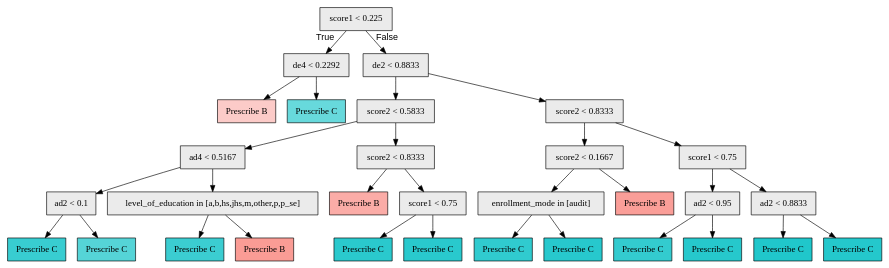
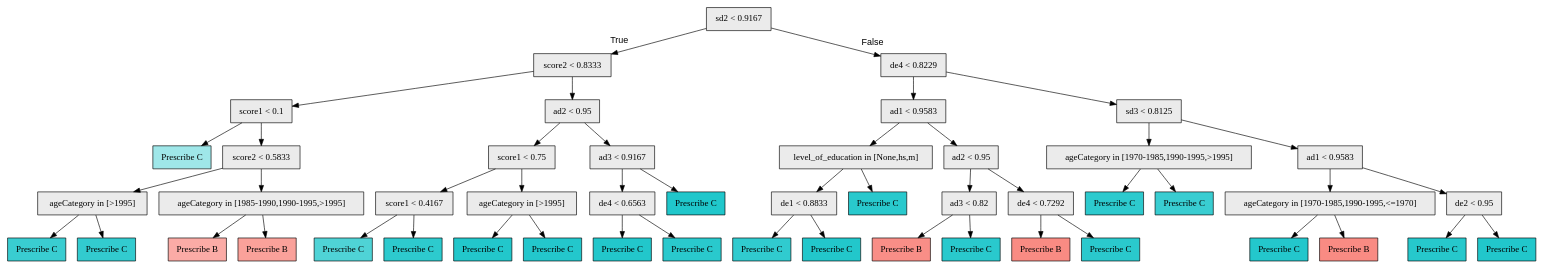
One commit to galitLukin/PersonalizedLearning changed the diagram in python/model/1/cc/pytree.dot. Above: the diagram before and after it, drawn with Graphviz. The commit also changed 15 other files, not shown here.

```diff
--- a/python/model/1/cc/pytree.dot
+++ b/python/model/1/cc/pytree.dot
@@ -1,63 +1,99 @@
 digraph "G" {
-1 [fillcolor="#EBEBEB", fontname="bold arial", label="score1 &lt; 0.225", shape=box, style="filled"];
-2 [fillcolor="#EBEBEB", fontname="bold arial", label="de4 &lt; 0.2292", shape=box, style="filled"];
-3 [color=black, fillcolor="#F8766D60", fontname="bold arial", label="Prescribe B", shape=box, style="filled"];
-4 [color=black, fillcolor="#00BFC498", fontname="bold arial", label="Prescribe C", shape=box, style="filled"];
-5 [fillcolor="#EBEBEB", fontname="bold arial", label="de2 &lt; 0.8833", shape=box, style="filled"];
-6 [fillcolor="#EBEBEB", fontname="bold arial", label="score2 &lt; 0.5833", shape=box, style="filled"];
-7 [fillcolor="#EBEBEB", fontname="bold arial", label="ad4 &lt; 0.5167", shape=box, style="filled"];
-8 [fillcolor="#EBEBEB", fontname="bold arial", label="ad2 &lt; 0.1", shape=box, style="filled"];
-9 [color=black, fillcolor="#00BFC4c7", fontname="bold arial", label="Prescribe C", shape=box, style="filled"];
-10 [color=black, fillcolor="#00BFC4aa", fontname="bold arial", label="Prescribe C", shape=box, style="filled"];
-11 [fillcolor="#EBEBEB", fontname="bold arial", label="level_of_education in [a,b,hs,jhs,m,other,p,p_se]", shape=box, style="filled"];
-12 [color=black, fillcolor="#00BFC4c4", fontname="bold arial", label="Prescribe C", shape=box, style="filled"];
-13 [color=black, fillcolor="#F8766Db8", fontname="bold arial", label="Prescribe B", shape=box, style="filled"];
-14 [fillcolor="#EBEBEB", fontname="bold arial", label="score2 &lt; 0.8333", shape=box, style="filled"];
-15 [color=black, fillcolor="#F8766D99", fontname="bold arial", label="Prescribe B", shape=box, style="filled"];
-16 [fillcolor="#EBEBEB", fontname="bold arial", label="score1 &lt; 0.75", shape=box, style="filled"];
-17 [color=black, fillcolor="#00BFC4d5", fontname="bold arial", label="Prescribe C", shape=box, style="filled"];
-18 [color=black, fillcolor="#00BFC4d6", fontname="bold arial", label="Prescribe C", shape=box, style="filled"];
-19 [fillcolor="#EBEBEB", fontname="bold arial", label="score2 &lt; 0.8333", shape=box, style="filled"];
-20 [fillcolor="#EBEBEB", fontname="bold arial", label="score2 &lt; 0.1667", shape=box, style="filled"];
-21 [fillcolor="#EBEBEB", fontname="bold arial", label="enrollment_mode in [audit]", shape=box, style="filled"];
-22 [color=black, fillcolor="#00BFC4cf", fontname="bold arial", label="Prescribe C", shape=box, style="filled"];
-23 [color=black, fillcolor="#00BFC4d8", fontname="bold arial", label="Prescribe C", shape=box, style="filled"];
-24 [color=black, fillcolor="#F8766Db4", fontname="bold arial", label="Prescribe B", shape=box, style="filled"];
-25 [fillcolor="#EBEBEB", fontname="bold arial", label="score1 &lt; 0.75", shape=box, style="filled"];
-26 [fillcolor="#EBEBEB", fontname="bold arial", label="ad2 &lt; 0.95", shape=box, style="filled"];
-27 [color=black, fillcolor="#00BFC4cc", fontname="bold arial", label="Prescribe C", shape=box, style="filled"];
-28 [color=black, fillcolor="#00BFC4d9", fontname="bold arial", label="Prescribe C", shape=box, style="filled"];
-29 [fillcolor="#EBEBEB", fontname="bold arial", label="ad2 &lt; 0.8833", shape=box, style="filled"];
-30 [color=black, fillcolor="#00BFC4df", fontname="bold arial", label="Prescribe C", shape=box, style="filled"];
-31 [color=black, fillcolor="#00BFC4db", fontname="bold arial", label="Prescribe C", shape=box, style="filled"];
+1 [fillcolor="#EBEBEB", fontname="bold arial", label="sd2 &lt; 0.9167", shape=box, style="filled"];
+2 [fillcolor="#EBEBEB", fontname="bold arial", label="score2 &lt; 0.8333", shape=box, style="filled"];
+3 [fillcolor="#EBEBEB", fontname="bold arial", label="score1 &lt; 0.1", shape=box, style="filled"];
+4 [color=black, fillcolor="#00BFC460", fontname="bold arial", label="Prescribe C", shape=box, style="filled"];
+5 [fillcolor="#EBEBEB", fontname="bold arial", label="score2 &lt; 0.5833", shape=box, style="filled"];
+6 [fillcolor="#EBEBEB", fontname="bold arial", label="ageCategory in [&gt;1995]", shape=box, style="filled"];
+7 [color=black, fillcolor="#00BFC4c6", fontname="bold arial", label="Prescribe C", shape=box, style="filled"];
+8 [color=black, fillcolor="#00BFC4cd", fontname="bold arial", label="Prescribe C", shape=box, style="filled"];
+9 [fillcolor="#EBEBEB", fontname="bold arial", label="ageCategory in [1985-1990,1990-1995,&gt;1995]", shape=box, style="filled"];
+10 [color=black, fillcolor="#F8766D9b", fontname="bold arial", label="Prescribe B", shape=box, style="filled"];
+11 [color=black, fillcolor="#F8766Daf", fontname="bold arial", label="Prescribe B", shape=box, style="filled"];
+12 [fillcolor="#EBEBEB", fontname="bold arial", label="ad2 &lt; 0.95", shape=box, style="filled"];
+13 [fillcolor="#EBEBEB", fontname="bold arial", label="score1 &lt; 0.75", shape=box, style="filled"];
+14 [fillcolor="#EBEBEB", fontname="bold arial", label="score1 &lt; 0.4167", shape=box, style="filled"];
+15 [color=black, fillcolor="#00BFC4b0", fontname="bold arial", label="Prescribe C", shape=box, style="filled"];
+16 [color=black, fillcolor="#00BFC4d2", fontname="bold arial", label="Prescribe C", shape=box, style="filled"];
+17 [fillcolor="#EBEBEB", fontname="bold arial", label="ageCategory in [&gt;1995]", shape=box, style="filled"];
+18 [color=black, fillcolor="#00BFC4dd", fontname="bold arial", label="Prescribe C", shape=box, style="filled"];
+19 [color=black, fillcolor="#00BFC4dc", fontname="bold arial", label="Prescribe C", shape=box, style="filled"];
+20 [fillcolor="#EBEBEB", fontname="bold arial", label="ad3 &lt; 0.9167", shape=box, style="filled"];
+21 [fillcolor="#EBEBEB", fontname="bold arial", label="de4 &lt; 0.6563", shape=box, style="filled"];
+22 [color=black, fillcolor="#00BFC4dd", fontname="bold arial", label="Prescribe C", shape=box, style="filled"];
+23 [color=black, fillcolor="#00BFC4d6", fontname="bold arial", label="Prescribe C", shape=box, style="filled"];
+24 [color=black, fillcolor="#00BFC4df", fontname="bold arial", label="Prescribe C", shape=box, style="filled"];
+25 [fillcolor="#EBEBEB", fontname="bold arial", label="de4 &lt; 0.8229", shape=box, style="filled"];
+26 [fillcolor="#EBEBEB", fontname="bold arial", label="ad1 &lt; 0.9583", shape=box, style="filled"];
+27 [fillcolor="#EBEBEB", fontname="bold arial", label="level_of_education in [None,hs,m]", shape=box, style="filled"];
+28 [fillcolor="#EBEBEB", fontname="bold arial", label="de1 &lt; 0.8833", shape=box, style="filled"];
+29 [color=black, fillcolor="#00BFC4cf", fontname="bold arial", label="Prescribe C", shape=box, style="filled"];
+30 [color=black, fillcolor="#00BFC4dd", fontname="bold arial", label="Prescribe C", shape=box, style="filled"];
+31 [color=black, fillcolor="#00BFC4d6", fontname="bold arial", label="Prescribe C", shape=box, style="filled"];
+32 [fillcolor="#EBEBEB", fontname="bold arial", label="ad2 &lt; 0.95", shape=box, style="filled"];
+33 [fillcolor="#EBEBEB", fontname="bold arial", label="ad3 &lt; 0.82", shape=box, style="filled"];
+34 [color=black, fillcolor="#F8766Dd1", fontname="bold arial", label="Prescribe B", shape=box, style="filled"];
+35 [color=black, fillcolor="#00BFC4d6", fontname="bold arial", label="Prescribe C", shape=box, style="filled"];
+36 [fillcolor="#EBEBEB", fontname="bold arial", label="de4 &lt; 0.7292", shape=box, style="filled"];
+37 [color=black, fillcolor="#F8766Dd7", fontname="bold arial", label="Prescribe B", shape=box, style="filled"];
+38 [color=black, fillcolor="#00BFC4d5", fontname="bold arial", label="Prescribe C", shape=box, style="filled"];
+39 [fillcolor="#EBEBEB", fontname="bold arial", label="sd3 &lt; 0.8125", shape=box, style="filled"];
+40 [fillcolor="#EBEBEB", fontname="bold arial", label="ageCategory in [1970-1985,1990-1995,&gt;1995]", shape=box, style="filled"];
+41 [color=black, fillcolor="#00BFC4d2", fontname="bold arial", label="Prescribe C", shape=box, style="filled"];
+42 [color=black, fillcolor="#00BFC4c6", fontname="bold arial", label="Prescribe C", shape=box, style="filled"];
+43 [fillcolor="#EBEBEB", fontname="bold arial", label="ad1 &lt; 0.9583", shape=box, style="filled"];
+44 [fillcolor="#EBEBEB", fontname="bold arial", label="ageCategory in [1970-1985,1990-1995,&lt;=1970]", shape=box, style="filled"];
+45 [color=black, fillcolor="#00BFC4dc", fontname="bold arial", label="Prescribe C", shape=box, style="filled"];
+46 [color=black, fillcolor="#F8766Dd8", fontname="bold arial", label="Prescribe B", shape=box, style="filled"];
+47 [fillcolor="#EBEBEB", fontname="bold arial", label="de2 &lt; 0.95", shape=box, style="filled"];
+48 [color=black, fillcolor="#00BFC4d9", fontname="bold arial", label="Prescribe C", shape=box, style="filled"];
+49 [color=black, fillcolor="#00BFC4de", fontname="bold arial", label="Prescribe C", shape=box, style="filled"];
 1 -> 2  [fontname="arial", headlabel="True", key=0, labelangle=45, labeldistance="2.5"];
-1 -> 5  [fontname="arial", headlabel="False", key=0, labelangle="-45", labeldistance="2.5"];
+1 -> 25  [fontname="arial", headlabel="False", key=0, labelangle="-45", labeldistance="2.5"];
 2 -> 3  [key=0];
-2 -> 4  [key=0];
+2 -> 12  [key=0];
+3 -> 4  [key=0];
+3 -> 5  [key=0];
 5 -> 6  [key=0];
-5 -> 19  [key=0];
+5 -> 9  [key=0];
 6 -> 7  [key=0];
-6 -> 14  [key=0];
-7 -> 8  [key=0];
-7 -> 11  [key=0];
-8 -> 9  [key=0];
-8 -> 10  [key=0];
-11 -> 12  [key=0];
-11 -> 13  [key=0];
+6 -> 8  [key=0];
+9 -> 10  [key=0];
+9 -> 11  [key=0];
+12 -> 13  [key=0];
+12 -> 20  [key=0];
+13 -> 14  [key=0];
+13 -> 17  [key=0];
 14 -> 15  [key=0];
 14 -> 16  [key=0];
-16 -> 17  [key=0];
-16 -> 18  [key=0];
-19 -> 20  [key=0];
-19 -> 25  [key=0];
+17 -> 18  [key=0];
+17 -> 19  [key=0];
 20 -> 21  [key=0];
 20 -> 24  [key=0];
 21 -> 22  [key=0];
 21 -> 23  [key=0];
 25 -> 26  [key=0];
-25 -> 29  [key=0];
+25 -> 39  [key=0];
 26 -> 27  [key=0];
-26 -> 28  [key=0];
-29 -> 30  [key=0];
-29 -> 31  [key=0];
+26 -> 32  [key=0];
+27 -> 28  [key=0];
+27 -> 31  [key=0];
+28 -> 29  [key=0];
+28 -> 30  [key=0];
+32 -> 33  [key=0];
+32 -> 36  [key=0];
+33 -> 34  [key=0];
+33 -> 35  [key=0];
+36 -> 37  [key=0];
+36 -> 38  [key=0];
+39 -> 40  [key=0];
+39 -> 43  [key=0];
+40 -> 41  [key=0];
+40 -> 42  [key=0];
+43 -> 44  [key=0];
+43 -> 47  [key=0];
+44 -> 45  [key=0];
+44 -> 46  [key=0];
+47 -> 48  [key=0];
+47 -> 49  [key=0];
 }
```
